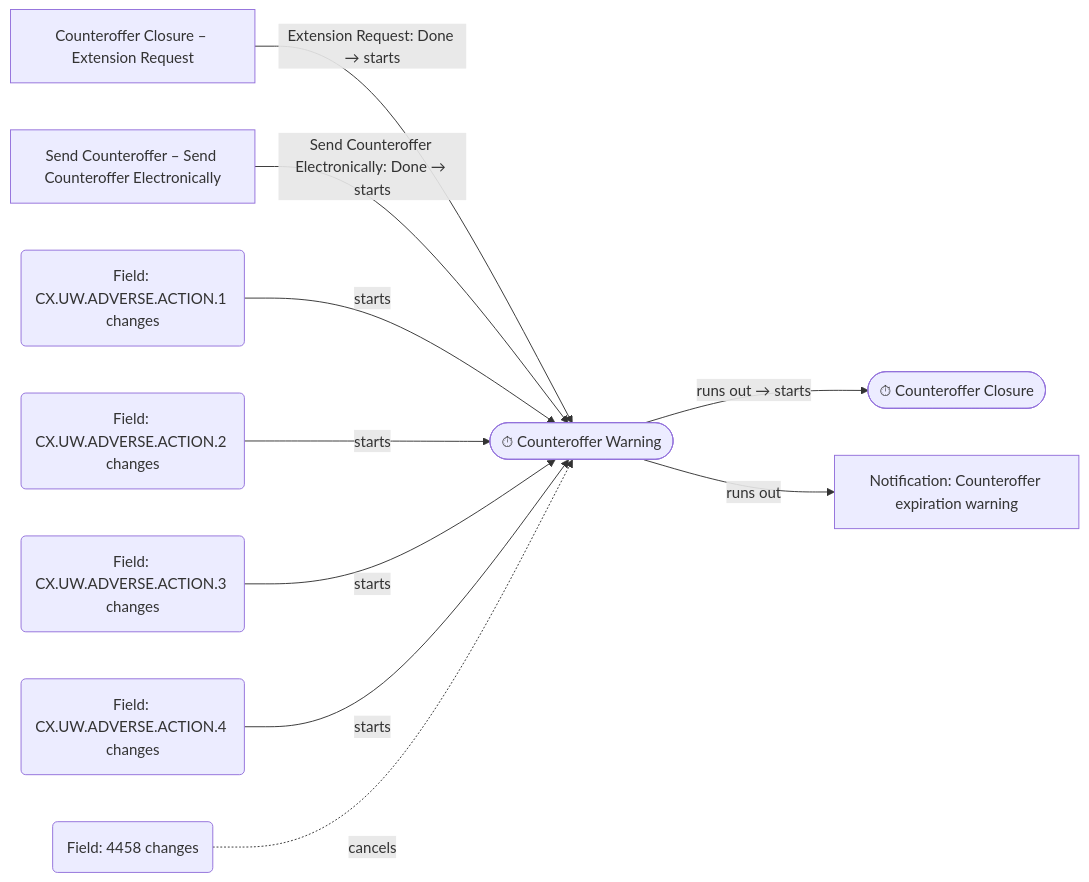
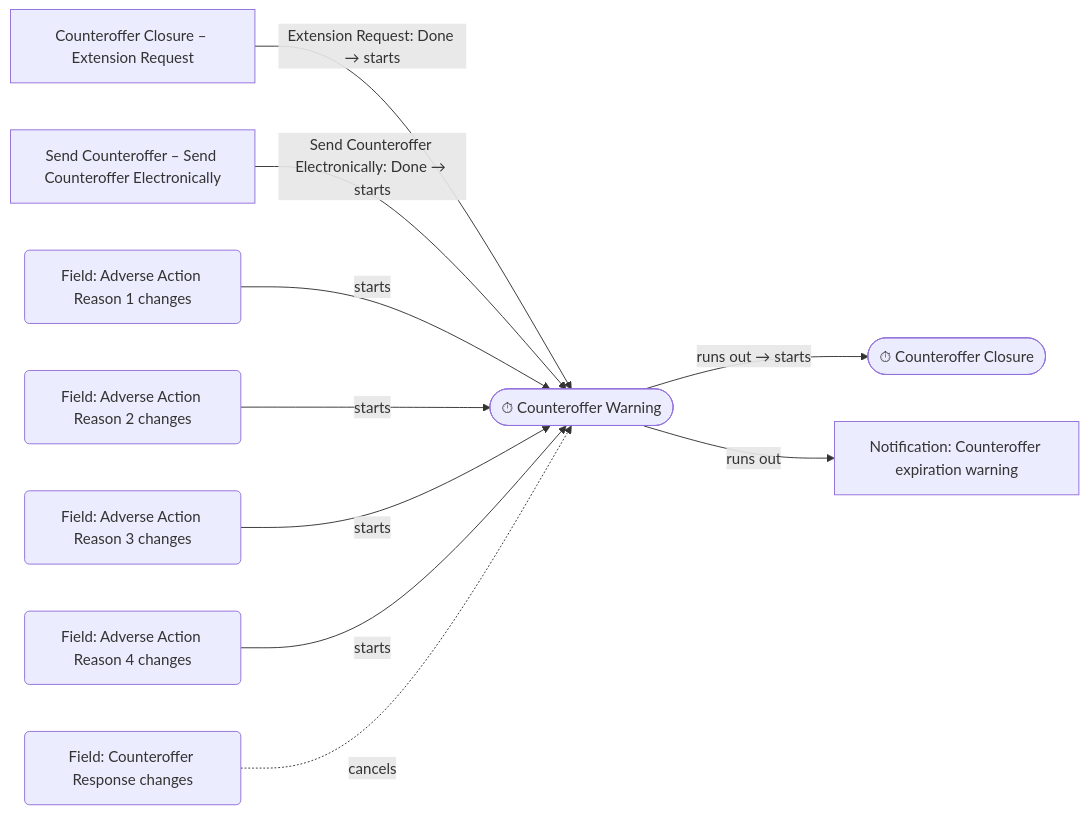
Diagram 15 of 24 in docs/RULES_MAP.md (NewAige/mortgage-tasks), drawn with Mermaid before and after one commit. The commit also changed other lines of this file and 4 other files, not shown here.

````diff
--- a/docs/RULES_MAP.md
+++ b/docs/RULES_MAP.md
@@ -883,24 +883,24 @@
 ```mermaid
 flowchart LR
     n1(["⏱ Counteroffer Warning"])
     n2["Counteroffer Closure – Extension Request"]
     n3["Send Counteroffer – Send Counteroffer Electronically"]
-    n4("Field: CX.UW.ADVERSE.ACTION.1 changes")
-    n5("Field: CX.UW.ADVERSE.ACTION.2 changes")
-    n6("Field: CX.UW.ADVERSE.ACTION.3 changes")
-    n7("Field: CX.UW.ADVERSE.ACTION.4 changes")
-    n8("Field: 4458 changes")
+    n4("Field: Adverse Action Reason 1 changes")
+    n5("Field: Adverse Action Reason 2 changes")
+    n6("Field: Adverse Action Reason 3 changes")
+    n7("Field: Adverse Action Reason 4 changes")
+    n8("Field: Counteroffer Response changes")
     n9(["⏱ Counteroffer Closure"])
     n10["Notification: Counteroffer expiration warning"]
     n2 -->|"Extension Request: Done → starts"| n1
     n3 -->|"Send Counteroffer Electronically: Done → starts"| n1
     n4 -->|"starts"| n1
     n5 -->|"starts"| n1
     n6 -->|"starts"| n1
     n7 -->|"starts"| n1
     n8 -.->|"cancels"| n1
     n1 -->|"runs out → starts"| n9
     n1 -->|"runs out"| n10
     classDef stub stroke-dasharray: 4 3
     classDef gap stroke-dasharray: 2 4
 ```
````
